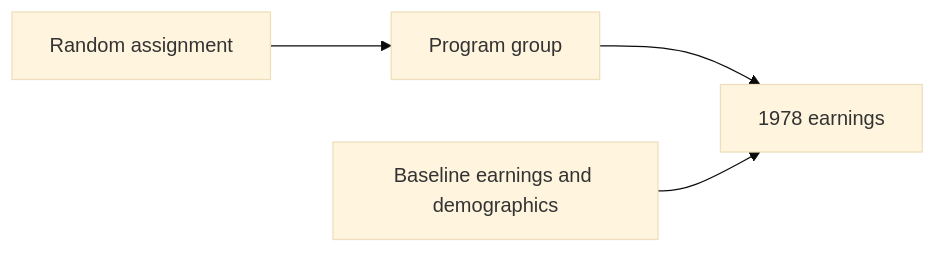
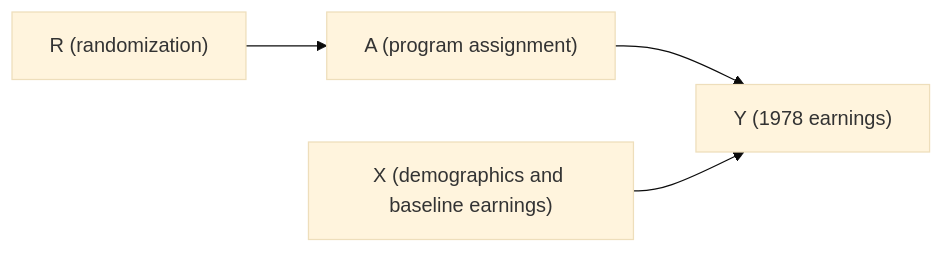
Before and after one commit to Statsinference/Statistical-Intelligence-Arena: the diagram in website/data-submissions/real-data/EXAMPLE.md, drawn with Mermaid (base theme). The commit also changed other lines of this file and 12 other files, not shown here.

````diff
--- a/website/data-submissions/real-data/EXAMPLE.md
+++ b/website/data-submissions/real-data/EXAMPLE.md
@@ -24,6 +24,6 @@
 ```mermaid
 flowchart LR
-    R["Random assignment"] --> A["Program group"]
-    A --> Y["1978 earnings"]
-    X["Baseline earnings and demographics"] --> Y
+    R["R (randomization)"] --> A["A (program assignment)"]
+    A --> Y["Y (1978 earnings)"]
+    X["X (demographics and baseline earnings)"] --> Y
 ```
````
